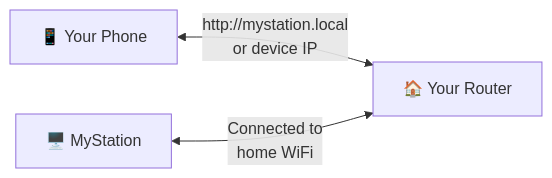
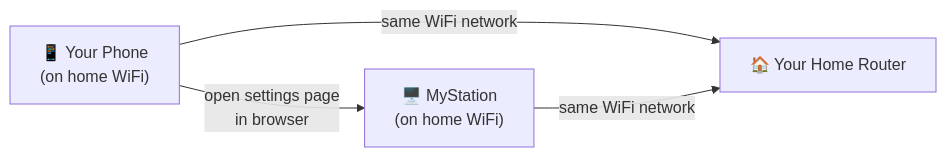
The second of 3 diagrams in docs/user-guide/network-setup.md (gogo-boot/mystation), drawn with Mermaid before and after one commit. The commit also changed other lines of this file and 7 other files, not shown here.

````diff
--- a/docs/user-guide/network-setup.md
+++ b/docs/user-guide/network-setup.md
@@ -58,8 +60,9 @@
 ```mermaid
 graph LR
-    Phone["📱 Your Phone"]
-    Router["🏠 Your Router"]
-    Station["🖥️ MyStation"]
-    Phone <-- " http://mystation.local\nor device IP " --> Router
-    Station <-- " Connected to\nhome WiFi " --> Router
+    Phone["📱 Your Phone\n(on home WiFi)"]
+    Router["🏠 Your Home Router"]
+    Station["🖥️ MyStation\n(on home WiFi)"]
+    Phone -- " same WiFi network " --> Router
+    Station -- " same WiFi network " --> Router
+    Phone -- " open settings page\nin browser " --> Station
 ```
````
